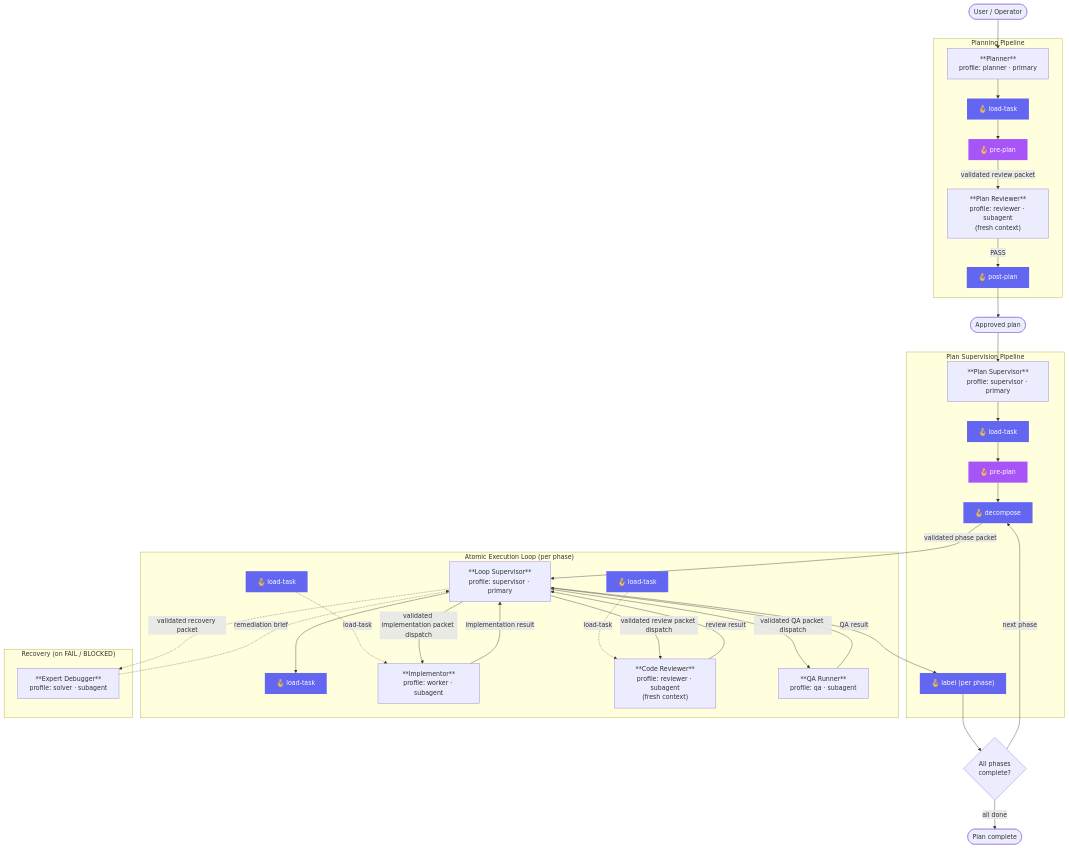
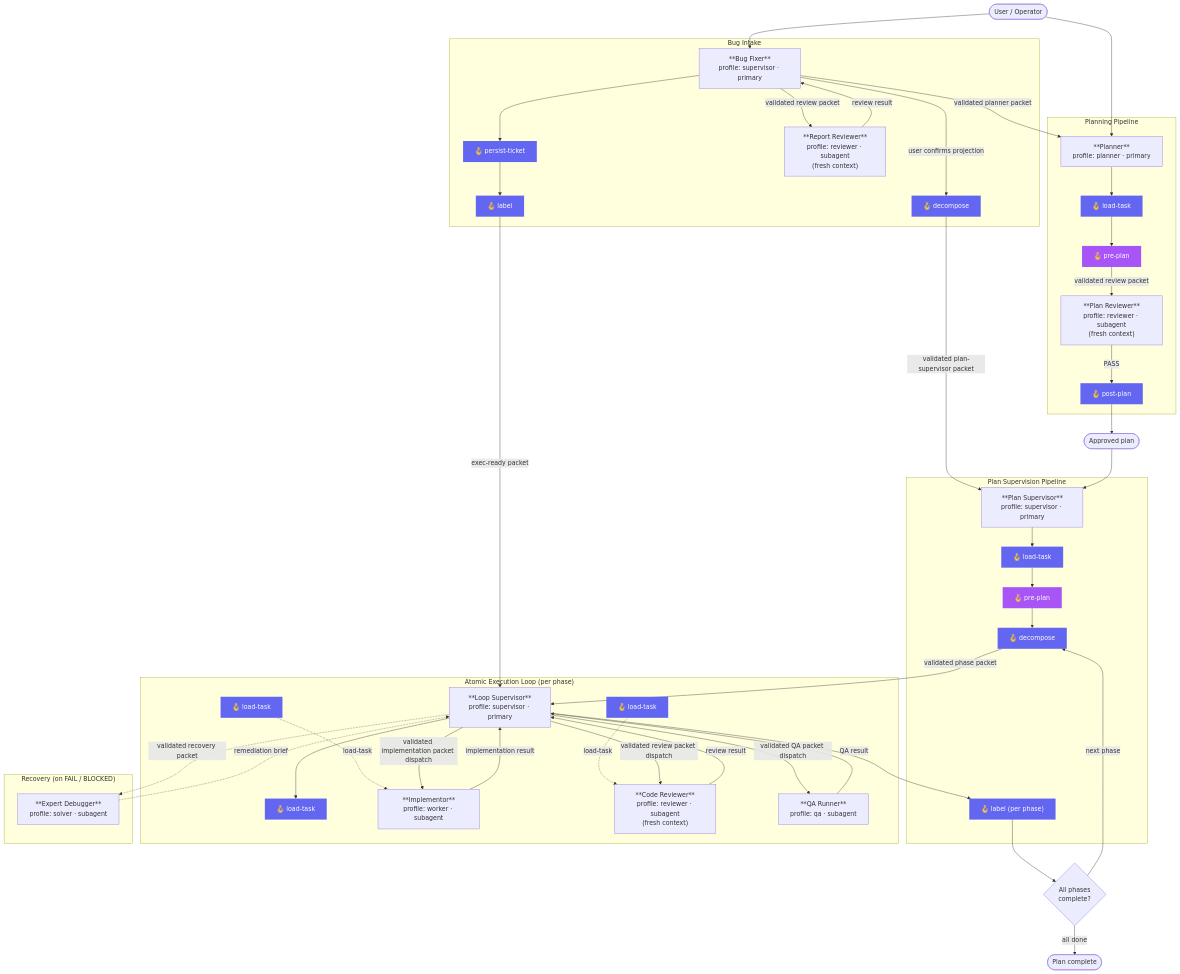
Before and after one commit to ericmaster/agent-fabric: the diagram in docs/architecture/system-overview.md, drawn with Mermaid. The commit also changed other lines of this file and 12 other files, not shown here.

Commit message:
feat(agents): add portable bug-fixer workflow

````diff
--- a/docs/architecture/system-overview.md
+++ b/docs/architecture/system-overview.md
@@ -11,6 +11,23 @@
 ```mermaid
 flowchart TD
     USER([User / Operator]) --> PLANNER
+    USER --> BF
+
+    subgraph "Bug Intake"
+        BF["**Bug Fixer**\nprofile: supervisor · primary"]
+        H_PT["🪝 persist-ticket"]
+        H_LBL_BF["🪝 label"]
+        RR["**Report Reviewer**\nprofile: reviewer · subagent\n(fresh context)"]
+        H_DEC_BF["🪝 decompose"]
+    end
+
+    BF -->|"validated review packet"| RR
+    RR -->|"review result"| BF
+    BF --> H_PT --> H_LBL_BF
+    BF -->|"validated planner packet"| PLANNER
+    H_LBL_BF -->|"exec-ready packet"| LSUP
+    BF -->|"user confirms projection"| H_DEC_BF
+    H_DEC_BF -->|"validated plan-supervisor packet"| PSUP
 
     subgraph "Planning Pipeline"
         PLANNER["**Planner**\nprofile: planner · primary"]
@@ -68,6 +85,9 @@
     PHASE_DONE -- "next phase" --> H_DEC2
     PHASE_DONE -- "all done" --> COMPLETE([Plan complete])
 
+    style H_PT fill:#6366f1,color:#fff,stroke:none
+    style H_LBL_BF fill:#6366f1,color:#fff,stroke:none
+    style H_DEC_BF fill:#6366f1,color:#fff,stroke:none
     style H_LT1 fill:#6366f1,color:#fff,stroke:none
     style H_PP1 fill:#a855f7,color:#fff,stroke:none
     style H_POST1 fill:#6366f1,color:#fff,stroke:none
````
